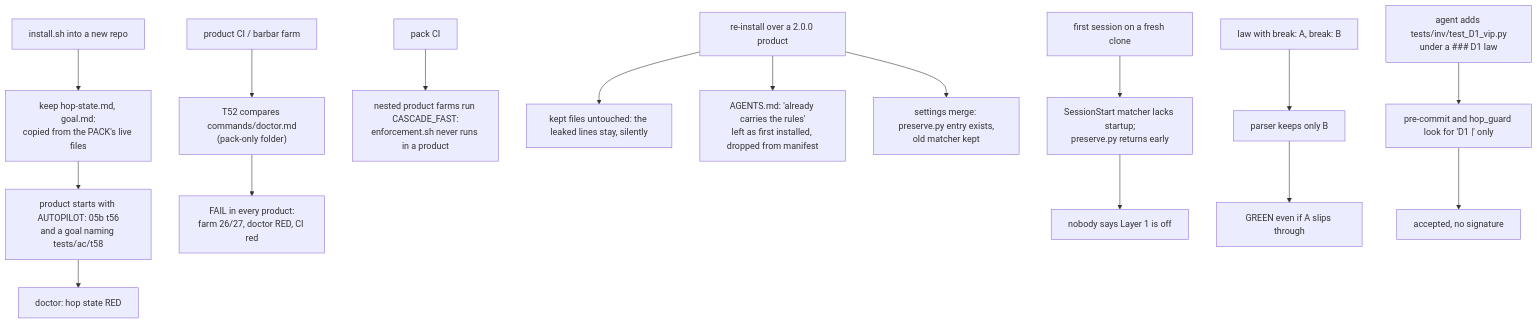
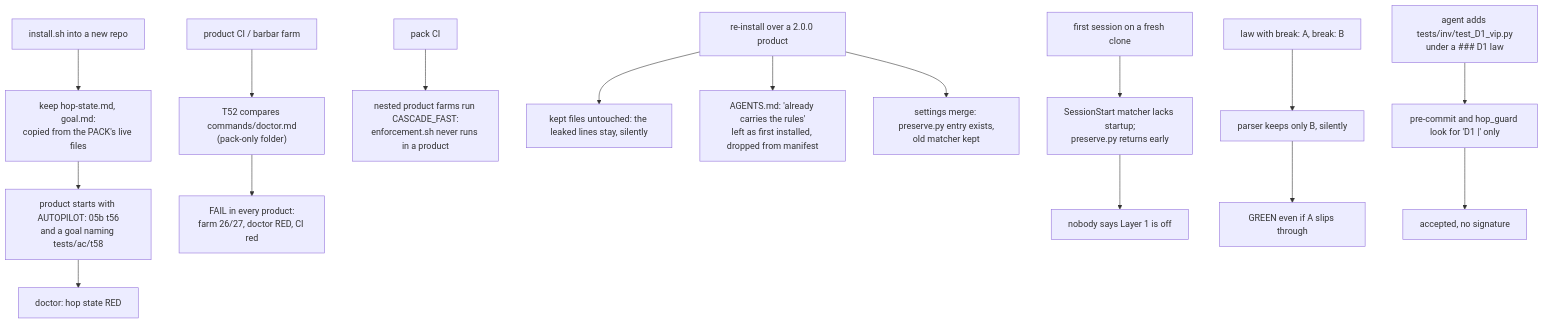
One commit to kadaluarsa/barbaric-driven-development changed the first of 2 diagrams in docs/cascade/05b-t60-install-health-multi-break.md. Above: the diagram before and after it, drawn with Mermaid. The commit also changed other lines of this file, not shown here.

First line of the commit message:
GENERATE 05b t60-install-health-multi-break: spec v3 after send-back — multi-break deferred to 2.2.0, second break: line held UNPROVEN, version 2.1.1

````diff
--- a/docs/cascade/05b-t60-install-health-multi-break.md
+++ b/docs/cascade/05b-t60-install-health-multi-break.md
@@ -44,18 +50,18 @@
 ```mermaid
 flowchart TD
     I["install.sh into a new repo"] --> K["keep hop-state.md, goal.md:<br/>copied from the PACK's live files"]
     K --> L1["product starts with AUTOPILOT: 05b t56<br/>and a goal naming tests/ac/t58"]
     L1 --> D1["doctor: hop state RED"]
     UP["re-install over a 2.0.0 product"] --> K1["kept files untouched: the leaked lines stay, silently"]
     F["product CI / barbar farm"] --> T52["T52 compares commands/doctor.md<br/>(pack-only folder)"]
     T52 --> R1["FAIL in every product:<br/>farm 26/27, doctor RED, CI red"]
     PC["pack CI"] --> FAST["nested product farms run CASCADE_FAST:<br/>enforcement.sh never runs in a product"]
     UP --> A1["AGENTS.md: 'already carries the rules'<br/>left as first installed, dropped from manifest"]
     UP --> ST1["settings merge: preserve.py entry exists,<br/>old matcher kept"]
     S["first session on a fresh clone"] --> P1["SessionStart matcher lacks startup;<br/>preserve.py returns early"]
     P1 --> Q1["nobody says Layer 1 is off"]
-    E["law with break: A, break: B"] --> W1["parser keeps only B"]
+    E["law with break: A, break: B"] --> W1["parser keeps only B, silently"]
     W1 --> G1["GREEN even if A slips through"]
     N["agent adds tests/inv/test_D1_vip.py<br/>under a ### D1 law"] --> X1["pre-commit and hop_guard look for 'D1 |' only"]
     X1 --> Y1["accepted, no signature"]
 ```
````
